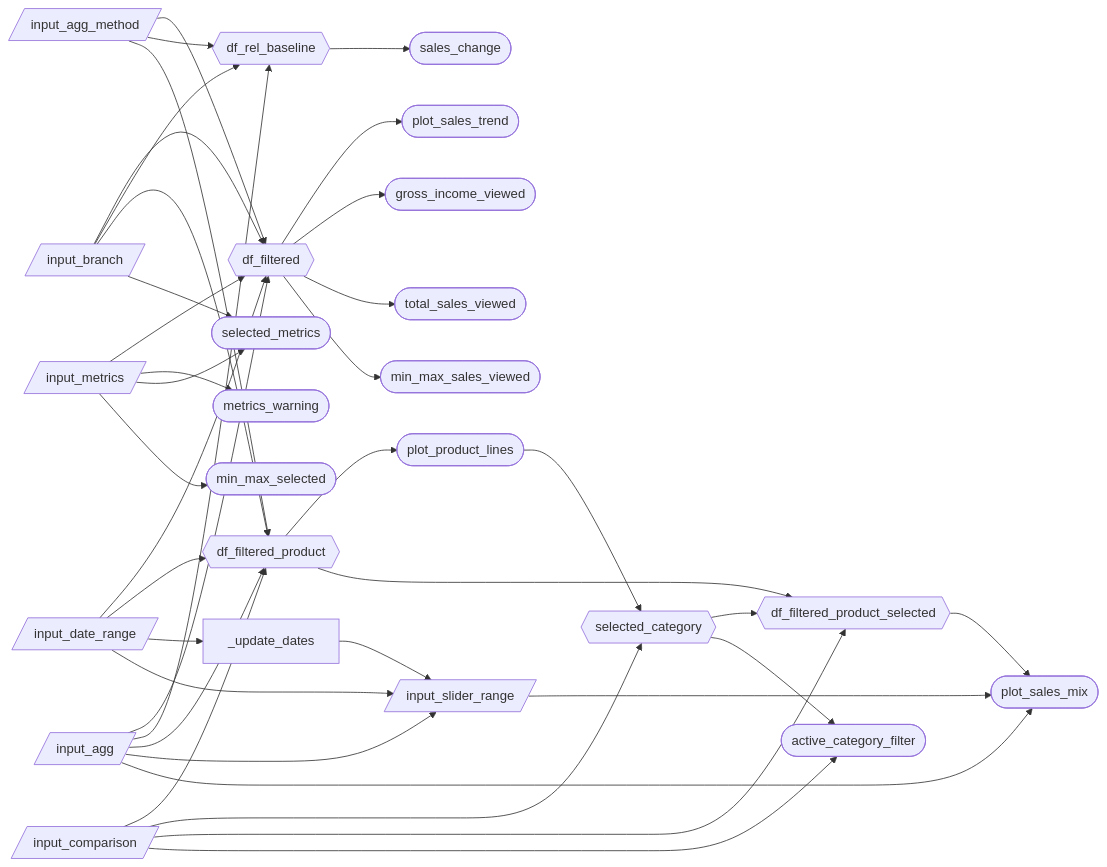
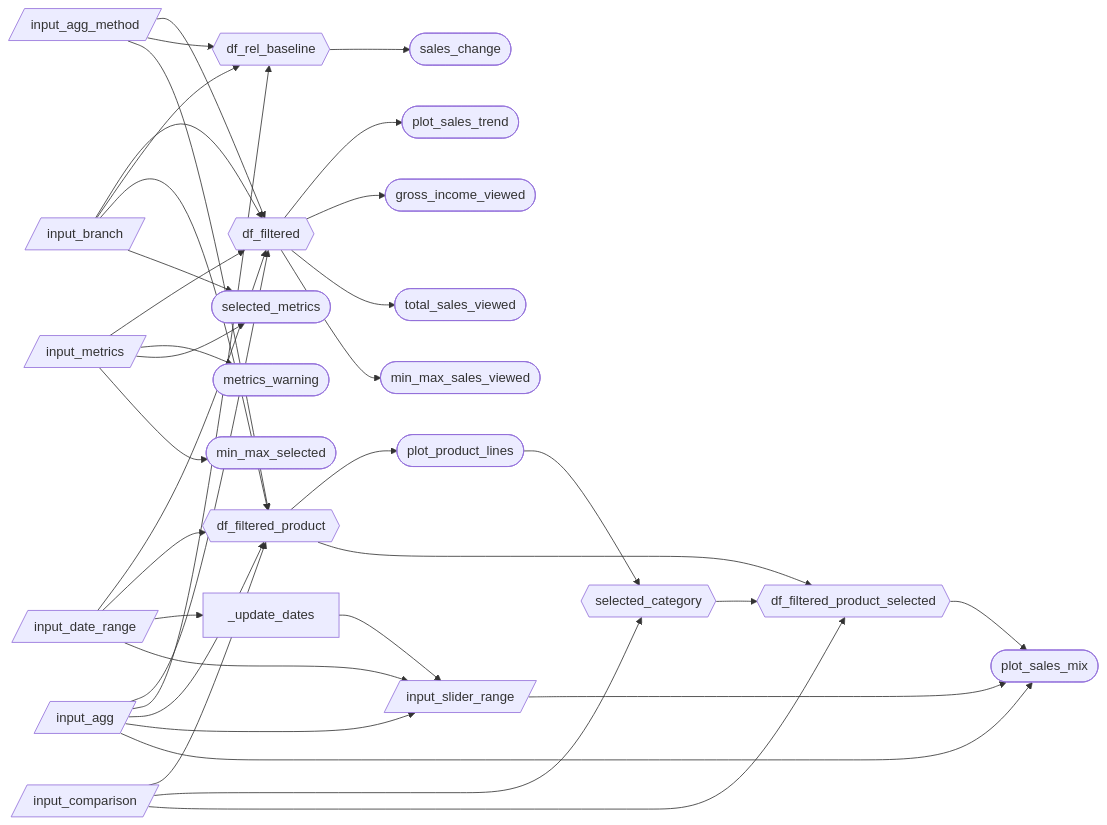
Before and after one commit to UBC-MDS/DSCI-532_2026_2_walmonitor: the diagram in reports/m2_spec.md, drawn with Mermaid. The commit also changed other lines of this file and 1 other file, not shown here.

Commit message:
Remove unused text

````diff
--- a/reports/m2_spec.md
+++ b/reports/m2_spec.md
@@ -47,51 +46,48 @@
 ```mermaid
 flowchart LR
   A[/input_metrics/] --> F{{df_filtered}}
   B[/input_agg/] --> F
   C[/input_agg_method/] --> F
   D[/input_date_range/] --> F
   E[/input_branch/] --> F
 
   E --> R{{df_rel_baseline}}
   B --> R
   C --> R
 
   D --> G{{df_filtered_product}}
   E --> G
   H[/input_comparison/] --> G
   B --> G
   C --> G
 
   D --> X[_update_dates]
   X --> I[/input_slider_range/]
   B --> I
   D --> I
 
   F --> P1([plot_sales_trend])
   F --> K1([gross_income_viewed])
   F --> K2([total_sales_viewed])
   F --> K3([min_max_sales_viewed])
 
   R --> K4([sales_change])
 
   G --> P3([plot_product_lines])
 
   P3 --> S{{selected_category}}
   H --> S
 
   G --> G2{{df_filtered_product_selected}}
   S --> G2
   H --> G2
 
   G2 --> P2([plot_sales_mix])
   I --> P2
   B --> P2
 
-  S --> T([active_category_filter])
-  H --> T
-
   A --> W([metrics_warning])
   A --> L([selected_metrics])
   E --> L
   A --> M([min_max_selected])
 ```
````
